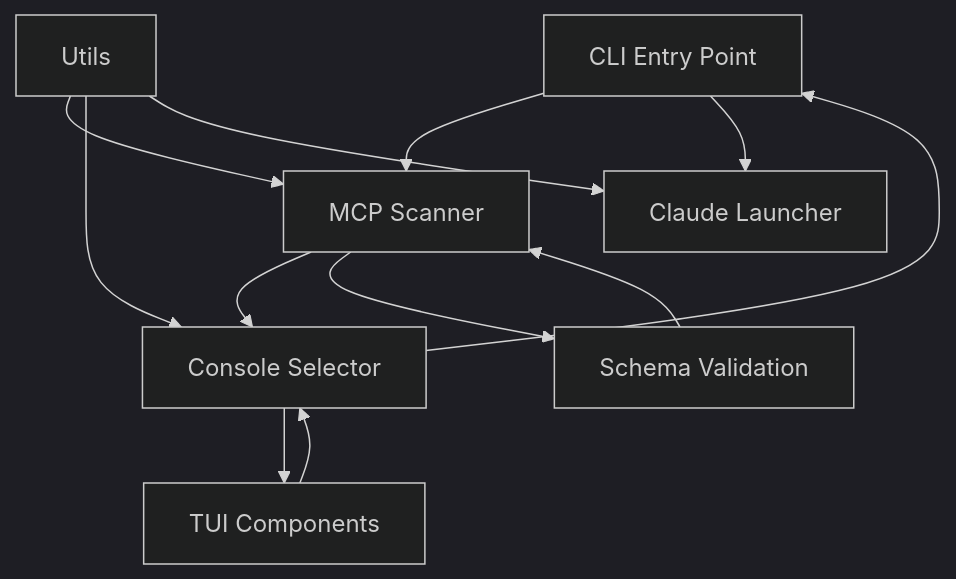
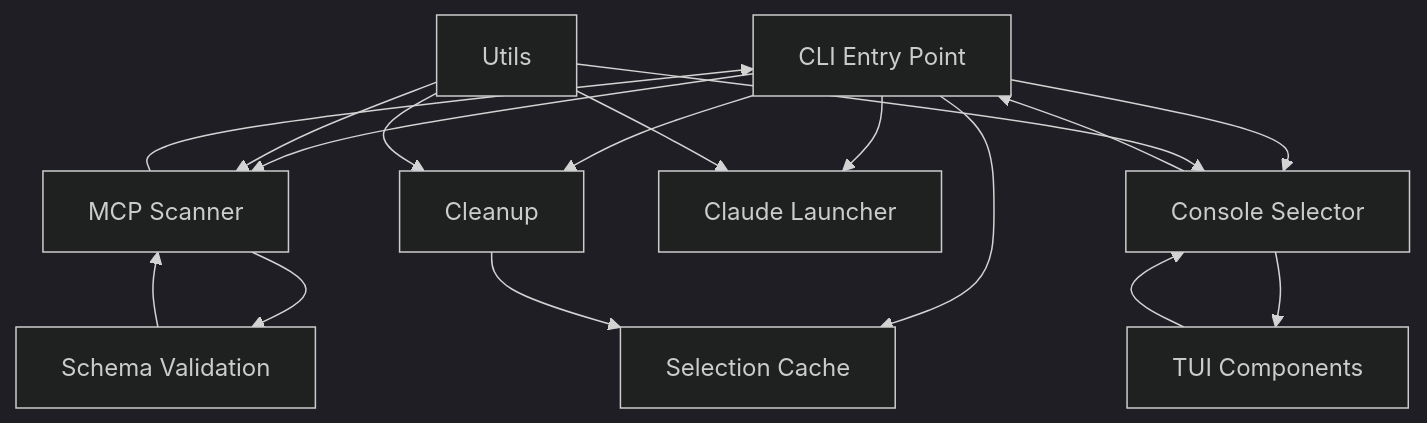
Before and after one commit to gsong/ccmcp: the diagram in specs/components.md, drawn with Mermaid (dark theme). The commit also changed other lines of this file and 8 other files, not shown here.

````diff
--- a/specs/components.md
+++ b/specs/components.md
@@ -458,16 +877,22 @@
 ```mermaid
 graph TD
-    A[CLI Entry Point] --> B[MCP Scanner]
-    B --> C[Console Selector]
-    C --> D[TUI Components]
+    A[CLI Entry Point] --> B[Selection Cache]
+    A --> C[MCP Scanner]
+    C --> D[Schema Validation]
     D --> C
     C --> A
-    A --> E[Claude Launcher]
 
-    B --> F[Schema Validation]
-    F --> B
+    A --> E[Console Selector]
+    E --> F[TUI Components]
+    F --> E
+    E --> A
 
-    G[Utils] --> B
-    G --> C
-    G --> E
+    A --> G[Claude Launcher]
+    A --> H[Cleanup]
+    H --> B
+
+    I[Utils] --> C
+    I --> E
+    I --> G
+    I --> H
 ```
````
